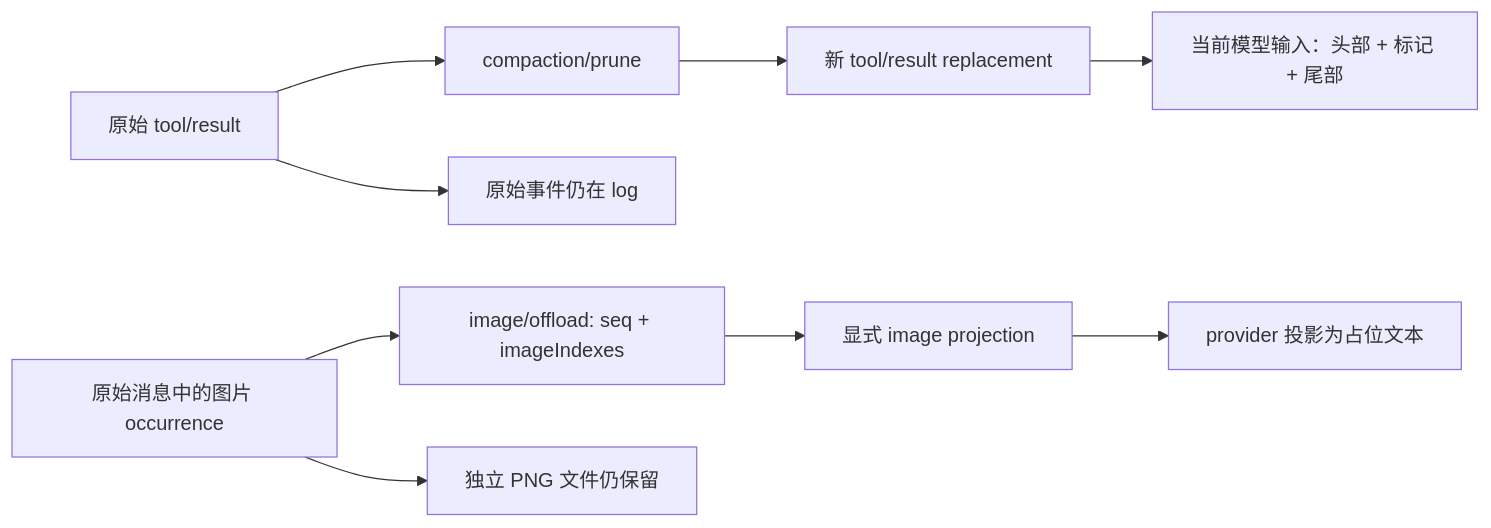
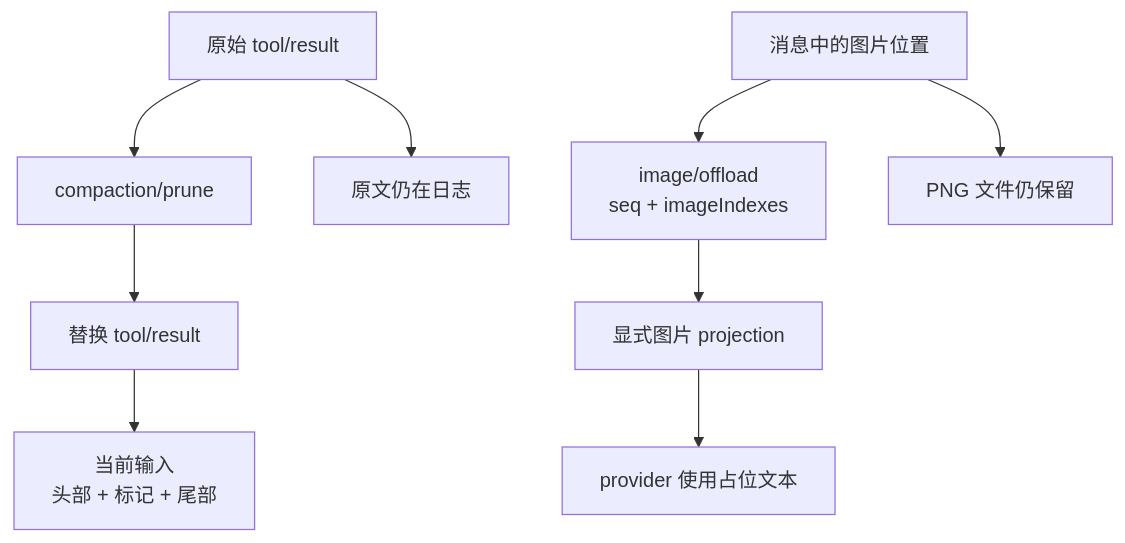
Before and after one commit to eriklee1895/hands-on-dsh: the first of 2 diagrams in labs/compaction-lifecycle/REDUCTION.md, drawn with Mermaid. The commit also changed other lines of this file and 86 other files, not shown here.

Commit message:
docs: improve course narrative, technical guidance, and diagrams

````diff
--- a/labs/compaction-lifecycle/REDUCTION.md
+++ b/labs/compaction-lifecycle/REDUCTION.md
@@ -26,11 +28,11 @@
 ```mermaid
-flowchart LR
+flowchart TD
     Original[原始 tool/result] --> P[compaction/prune]
-    P --> Replacement[新 tool/result replacement]
-    Replacement --> Short[当前模型输入：头部 + 标记 + 尾部]
-    Original --> Raw[原始事件仍在 log]
-    Image[原始消息中的图片 occurrence] --> O[image/offload: seq + imageIndexes]
-    O --> Projection[显式 image projection]
-    Projection --> Placeholder[provider 投影为占位文本]
-    Image --> Bytes[独立 PNG 文件仍保留]
+    P --> Replacement[替换 tool/result]
+    Replacement --> Short[当前输入<br/>头部 + 标记 + 尾部]
+    Original --> Raw[原文仍在日志]
+    Image[消息中的图片位置] --> O[image/offload<br/>seq + imageIndexes]
+    O --> Projection[显式图片 projection]
+    Projection --> Placeholder[provider 使用占位文本]
+    Image --> Bytes[PNG 文件仍保留]
 ```
````
